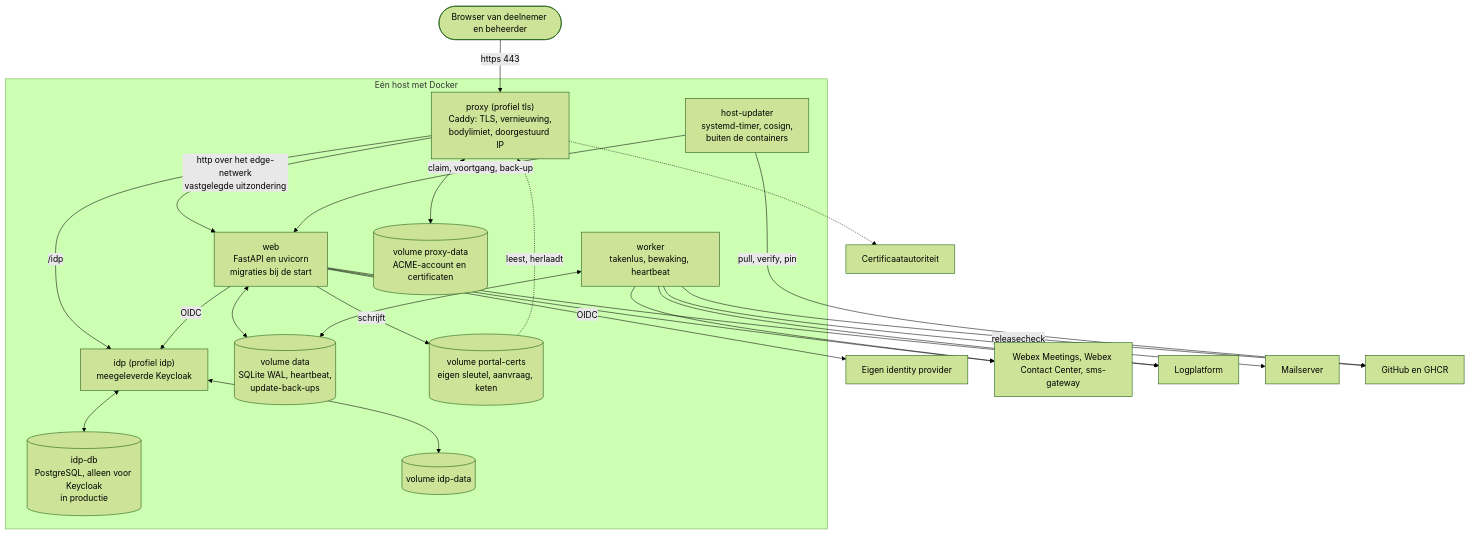
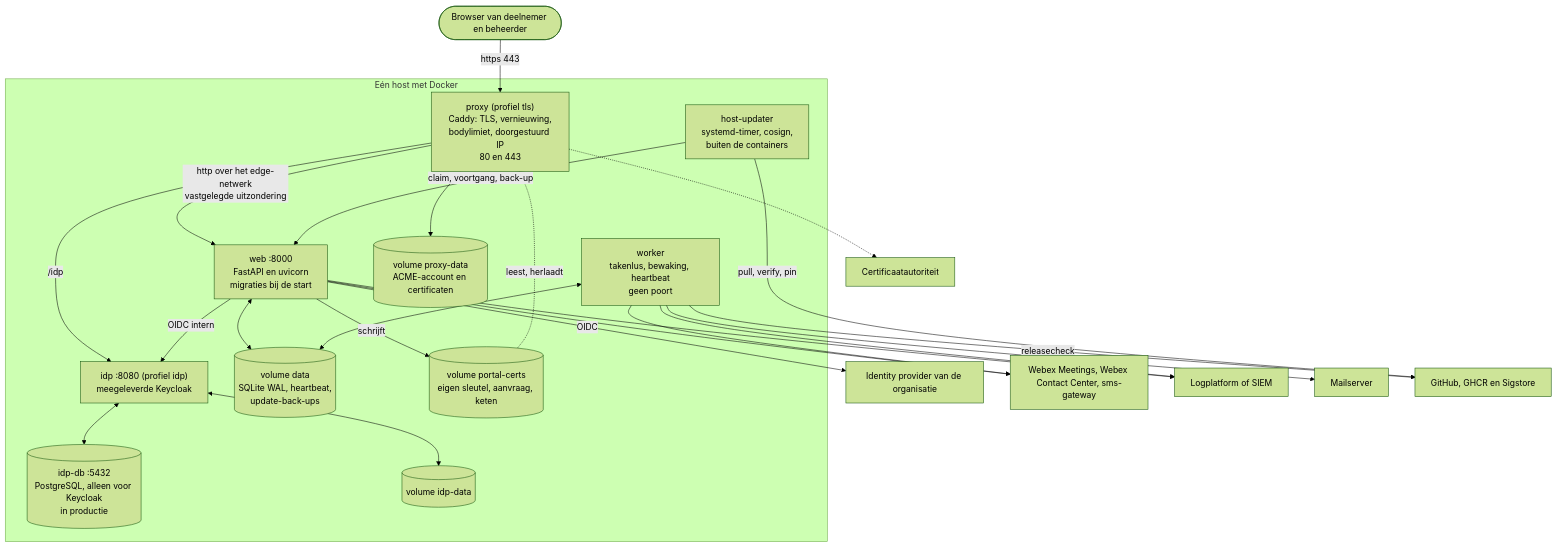
Before and after one commit to 3Corners-Labs/OpenPlanner: the sixth of 9 diagrams in docs/applicatie-architectuur.md, drawn with Mermaid (forest theme). The commit also changed other lines of this file, not shown here.

First line of the commit message:
docs: application architecture concept 2, with every flow and the hosting impact

````diff
--- a/docs/applicatie-architectuur.md
+++ b/docs/applicatie-architectuur.md
@@ -780,44 +917,44 @@
 ```mermaid
 flowchart TB
     browser([Browser van deelnemer en beheerder])
     acme[Certificaatautoriteit]
-    idpext[Eigen identity provider]
+    idpext[Identity provider van de organisatie]
     cisco[Webex Meetings, Webex Contact Center, sms-gateway]
-    logs[Logplatform]
+    logs[Logplatform of SIEM]
     mailsrv[Mailserver]
-    gh[GitHub en GHCR]
+    gh[GitHub, GHCR en Sigstore]
 
     subgraph host [Eén host met Docker]
-        proxy["proxy (profiel tls)<br/>Caddy: TLS, vernieuwing,<br/>bodylimiet, doorgestuurd IP"]
-        web["web<br/>FastAPI en uvicorn<br/>migraties bij de start"]
-        worker["worker<br/>takenlus, bewaking, heartbeat"]
-        idp["idp (profiel idp)<br/>meegeleverde Keycloak"]
-        idpdb[("idp-db<br/>PostgreSQL, alleen voor Keycloak<br/>in productie")]
+        proxy["proxy (profiel tls)<br/>Caddy: TLS, vernieuwing,<br/>bodylimiet, doorgestuurd IP<br/>80 en 443"]
+        web["web :8000<br/>FastAPI en uvicorn<br/>migraties bij de start"]
+        worker["worker<br/>takenlus, bewaking, heartbeat<br/>geen poort"]
+        idp["idp :8080 (profiel idp)<br/>meegeleverde Keycloak"]
+        idpdb[("idp-db :5432<br/>PostgreSQL, alleen voor Keycloak<br/>in productie")]
         data[("volume data<br/>SQLite WAL, heartbeat,<br/>update-back-ups")]
         certs[("volume portal-certs<br/>eigen sleutel, aanvraag, keten")]
         proxydata[("volume proxy-data<br/>ACME-account en certificaten")]
         idpdata[("volume idp-data")]
         updater["host-updater<br/>systemd-timer, cosign,<br/>buiten de containers"]
     end
 
     browser -- "https 443" --> proxy
     proxy -- "http over het edge-netwerk<br/>vastgelegde uitzondering" --> web
     proxy -- "/idp" --> idp
     proxy -.-> acme
     proxy <--> proxydata
     web <--> data
     worker <--> data
     web -- "schrijft" --> certs -. "leest, herlaadt" .-> proxy
-    web -- "OIDC" --> idp
+    web -- "OIDC intern" --> idp
     web -- "OIDC" --> idpext
     idp <--> idpdata
     idp <--> idpdb
     web --> cisco
     worker --> cisco
     worker --> mailsrv
     web --> logs
     worker --> logs
     worker -- "releasecheck" --> gh
     updater -- "pull, verify, pin" --> gh
     updater -- "claim, voortgang, back-up" --> web
 ```
````
